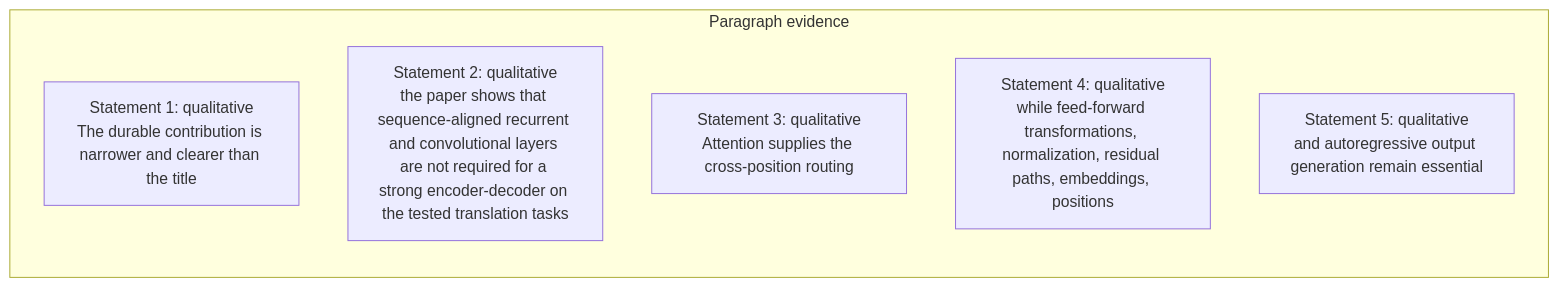
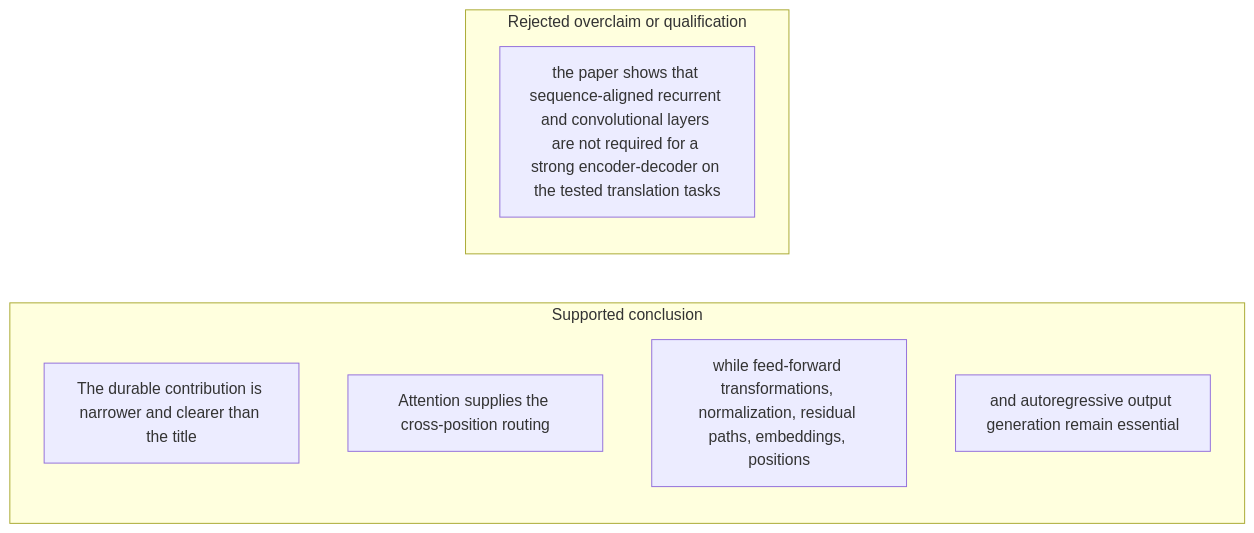
Diagram 46 of 54 in docs/visual-manifests/VISUAL_MANIFEST_ATTENTION_IS_ALL_YOU_NEED.md (Betancourt1/paper_atlas), drawn with Mermaid before and after one commit. The commit also changed other lines of this file and 7 other files, not shown here.

````diff
--- a/docs/visual-manifests/VISUAL_MANIFEST_ATTENTION_IS_ALL_YOU_NEED.md
+++ b/docs/visual-manifests/VISUAL_MANIFEST_ATTENTION_IS_ALL_YOU_NEED.md
@@ -3704,10 +3742,12 @@
 ```mermaid
 flowchart LR
-  subgraph p1["Paragraph evidence"]
-    p1r1["Statement 1: qualitative<br/>The durable contribution is narrower and clearer than the title"]
-    p1r2["Statement 2: qualitative<br/>the paper shows that sequence-aligned recurrent and convolutional layers are not required for a strong encoder-decoder on the tested translation tasks"]
-    p1r3["Statement 3: qualitative<br/>Attention supplies the cross-position routing"]
-    p1r4["Statement 4: qualitative<br/>while feed-forward transformations, normalization, residual paths, embeddings, positions"]
-    p1r5["Statement 5: qualitative<br/>and autoregressive output generation remain essential"]
+  subgraph g1["Supported conclusion"]
+    g1i1["The durable contribution is narrower and clearer than the title"]
+    g1i2["Attention supplies the cross-position routing"]
+    g1i3["while feed-forward transformations, normalization, residual paths, embeddings, positions"]
+    g1i4["and autoregressive output generation remain essential"]
+  end
+  subgraph g2["Rejected overclaim or qualification"]
+    g2i1["the paper shows that sequence-aligned recurrent and convolutional layers are not required for a strong encoder-decoder on the tested translation tasks"]
   end
 ```
````
